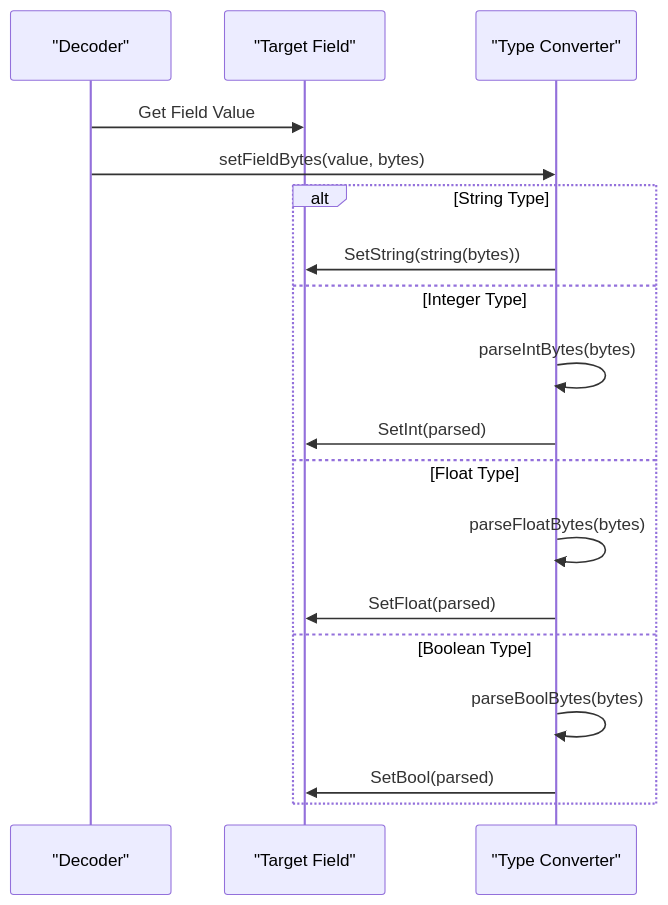
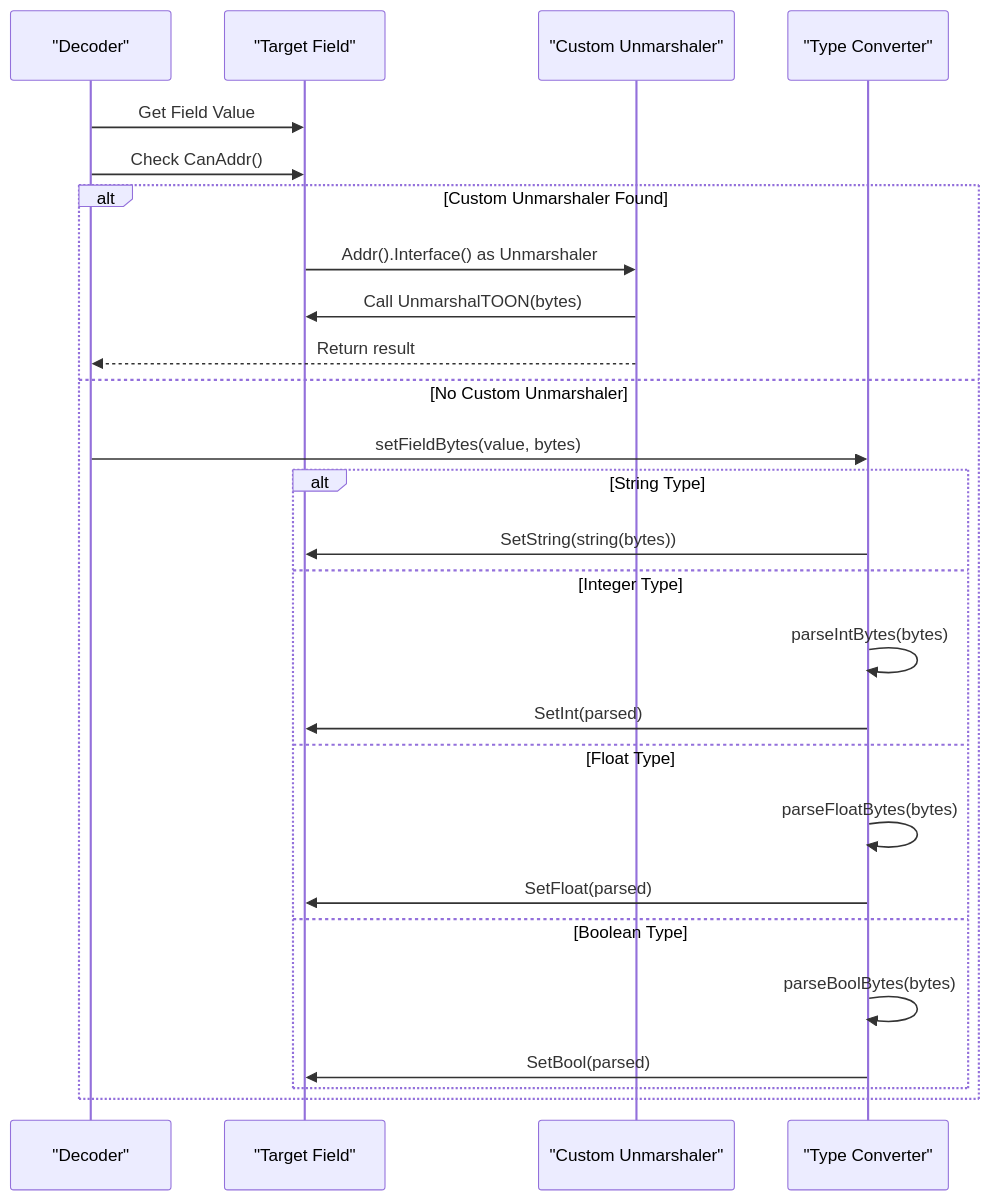
One commit to OTumanov/go-toon changed the fifth of 17 diagrams in .qoder/repowiki/en/content/Decoder Engine.md. Above: the diagram before and after it, drawn with Mermaid. The commit also changed other lines of this file and 11 other files, not shown here.

First line of the commit message:
feat: add Pre-flight Schema + Token Calculator to toongen

````diff
--- a/.qoder/repowiki/en/content/Decoder Engine.md
+++ b/.qoder/repowiki/en/content/Decoder Engine.md
@@ -265,20 +350,28 @@
 ```mermaid
 sequenceDiagram
 participant Parser as "Decoder"
 participant Target as "Target Field"
+participant Custom as "Custom Unmarshaler"
 participant Converter as "Type Converter"
 Parser->>Target : Get Field Value
+Parser->>Target : Check CanAddr()
+alt Custom Unmarshaler Found
+Target->>Custom : Addr().Interface() as Unmarshaler
+Custom->>Target : Call UnmarshalTOON(bytes)
+Custom-->>Parser : Return result
+else No Custom Unmarshaler
 Parser->>Converter : setFieldBytes(value, bytes)
 alt String Type
 Converter->>Target : SetString(string(bytes))
 else Integer Type
 Converter->>Converter : parseIntBytes(bytes)
 Converter->>Target : SetInt(parsed)
 else Float Type
 Converter->>Converter : parseFloatBytes(bytes)
 Converter->>Target : SetFloat(parsed)
 else Boolean Type
 Converter->>Converter : parseBoolBytes(bytes)
 Converter->>Target : SetBool(parsed)
 end
+end
 ```
````
